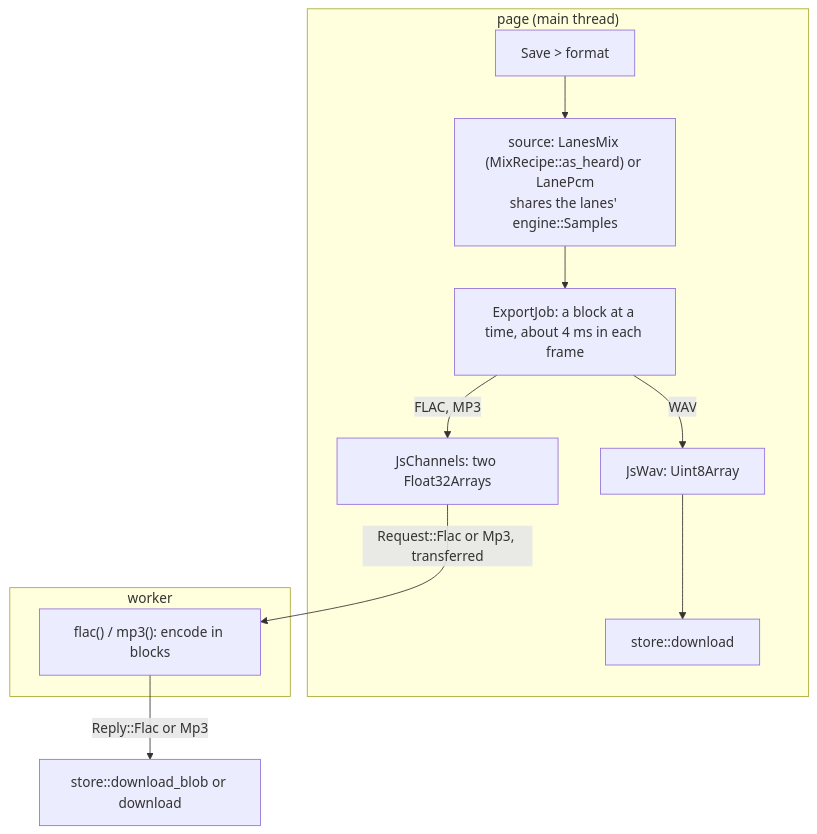
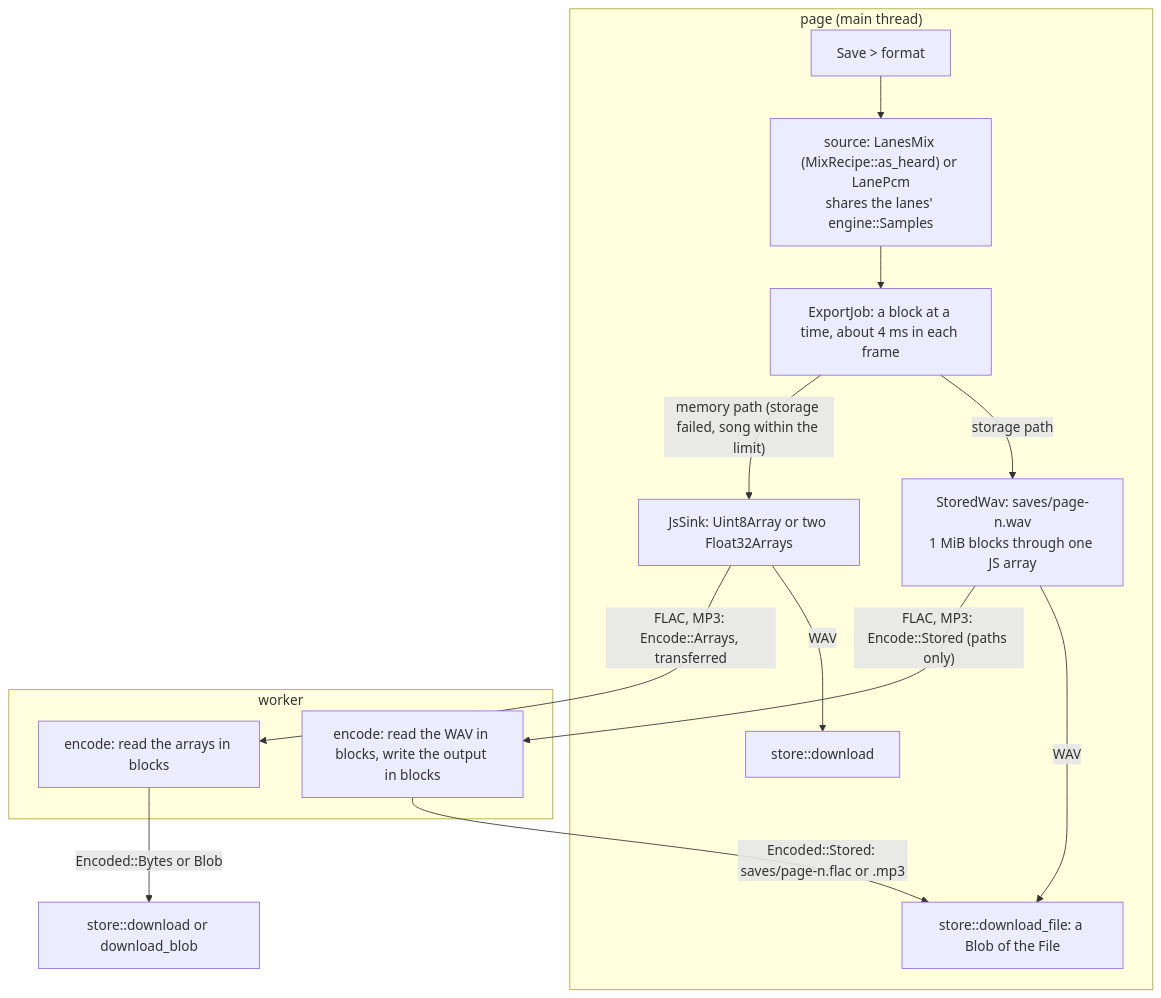
Before and after one commit to lloydmeta/stemyla: the fifth of 5 diagrams in docs/ARCHITECTURE.md, drawn with Mermaid. The commit also changed other lines of this file and 11 other files, not shown here.

First line of the commit message:
M8 step 3: the page saves through browser storage

````diff
--- a/docs/ARCHITECTURE.md
+++ b/docs/ARCHITECTURE.md
@@ -223,14 +227,19 @@
 ```mermaid
 flowchart TD
   subgraph page["page (main thread)"]
     CLICK["Save > format"] --> SRC["source: LanesMix (MixRecipe::as_heard) or LanePcm<br/>shares the lanes' engine::Samples"]
     SRC --> JOB["ExportJob: a block at a time, about 4 ms in each frame"]
-    JOB -->|WAV| U8["JsWav: Uint8Array"] --> DL["store::download"]
-    JOB -->|"FLAC, MP3"| F32["JsChannels: two Float32Arrays"]
+    JOB -->|"storage path"| WAV["StoredWav: saves/page-n.wav<br/>1 MiB blocks through one JS array"]
+    WAV -->|WAV| OFFER["store::download_file: a Blob of the File"]
+    JOB -->|"memory path (storage failed, song within the limit)"| JS["JsSink: Uint8Array or two Float32Arrays"]
+    JS -->|WAV| DL["store::download"]
   end
   subgraph worker["worker"]
-    ENC["flac() / mp3(): encode in blocks"]
+    ENC["encode: read the WAV in blocks, write the output in blocks"]
+    ENCM["encode: read the arrays in blocks"]
   end
-  F32 -->|"Request::Flac or Mp3, transferred"| ENC
-  ENC -->|"Reply::Flac or Mp3"| DL2["store::download_blob or download"]
+  WAV -->|"FLAC, MP3: Encode::Stored (paths only)"| ENC
+  ENC -->|"Encoded::Stored: saves/page-n.flac or .mp3"| OFFER
+  JS -->|"FLAC, MP3: Encode::Arrays, transferred"| ENCM
+  ENCM -->|"Encoded::Bytes or Blob"| DL2["store::download or download_blob"]
 ```
````
